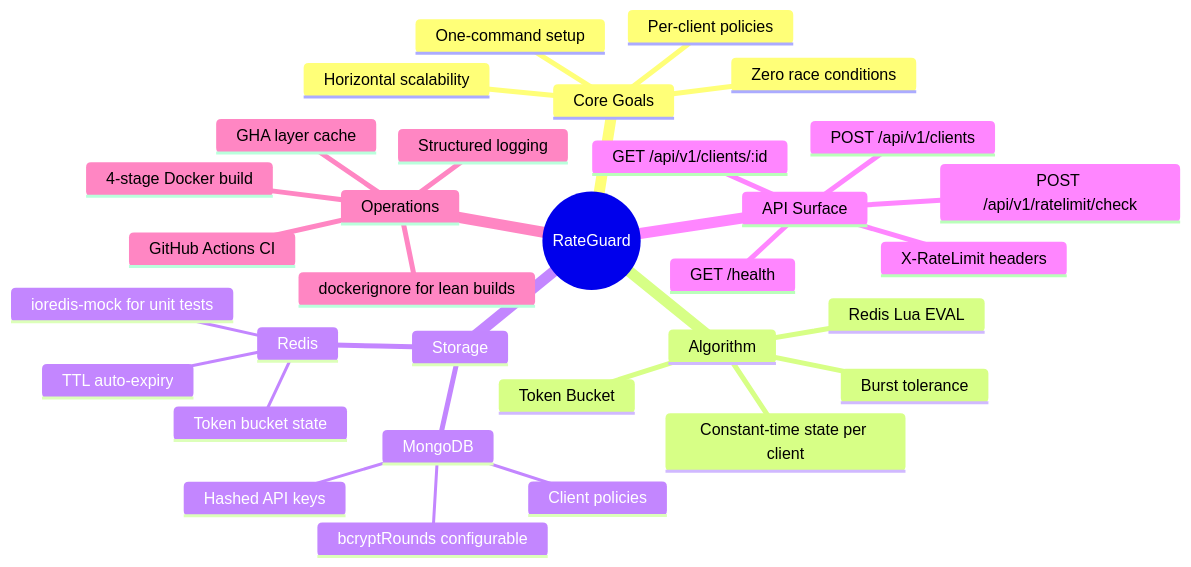
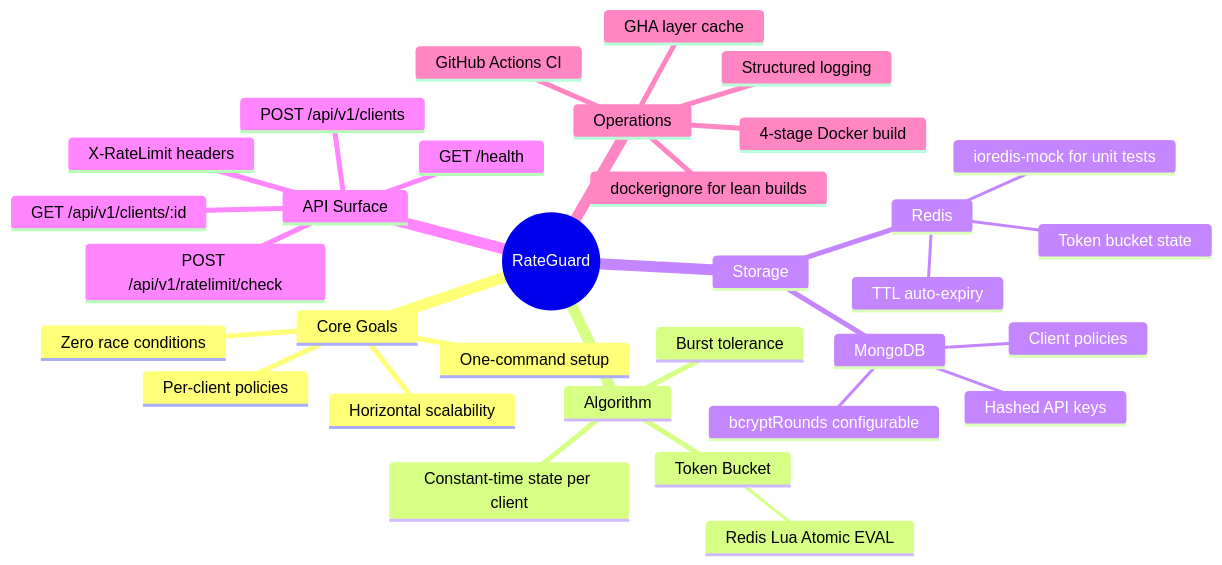
The first of 17 diagrams in ARCHITECTURE.md (ramalokeshreddyp/RateGuard), drawn with Mermaid before and after one commit. The commit also changed other lines of this file and 4 other files, not shown here.

Commit message:
Implement atomic Redis Lua rate limiting and align docs

````diff
--- a/ARCHITECTURE.md
+++ b/ARCHITECTURE.md
@@ -38,35 +38,35 @@
 ```mermaid
 mindmap
   root((RateGuard))
     Core Goals
       Zero race conditions
       Horizontal scalability
       Per-client policies
       One-command setup
     Algorithm
       Token Bucket
-      Redis Lua EVAL
+            Redis Lua Atomic EVAL
       Burst tolerance
       Constant-time state per client
     Storage
       MongoDB
         Client policies
         Hashed API keys
         bcryptRounds configurable
       Redis
         Token bucket state
         TTL auto-expiry
         ioredis-mock for unit tests
     API Surface
       POST /api/v1/clients
       GET /api/v1/clients/:id
       POST /api/v1/ratelimit/check
       GET /health
       X-RateLimit headers
     Operations
       4-stage Docker build
       dockerignore for lean builds
       GitHub Actions CI
       GHA layer cache
       Structured logging
 ```
````
